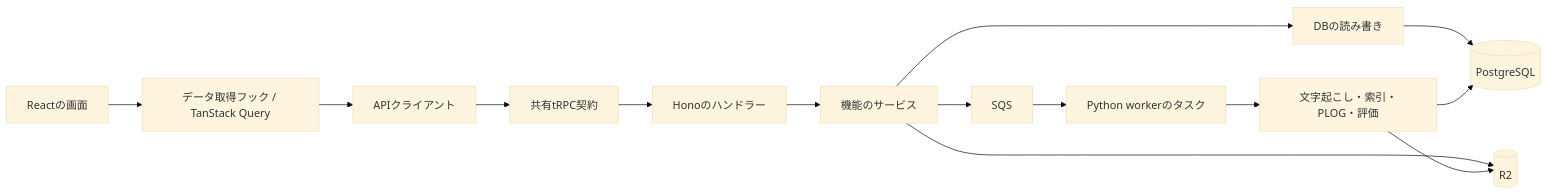
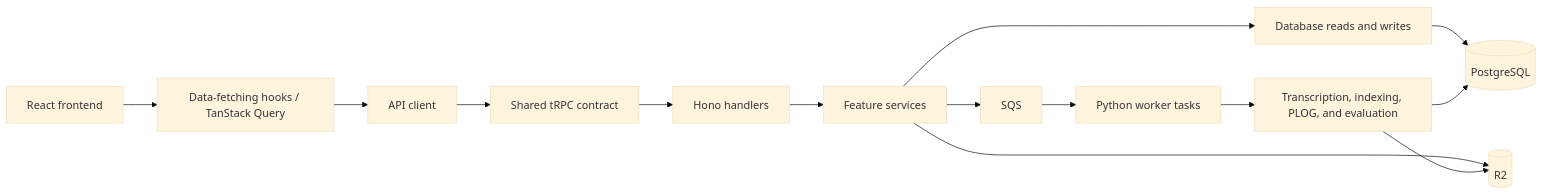
The first of 3 diagrams in docs/design/component-diagram.md (yukiharada1228/videoq), drawn with Mermaid (base theme) before and after one commit. The commit also changed other lines of this file and 79 other files, not shown here.

````diff
--- a/docs/design/component-diagram.md
+++ b/docs/design/component-diagram.md
@@ -11,16 +11,16 @@
 ```mermaid
 flowchart LR
-    UI[Reactの画面] --> Hooks[データ取得フック / TanStack Query]
-    Hooks --> Client[APIクライアント]
-    Client --> Contract[共有tRPC契約]
-    Contract --> Adapter[Honoのハンドラー]
-    Adapter --> Services[機能のサービス]
-    Services --> Repositories[DBの読み書き]
+    UI[React frontend] --> Hooks[Data-fetching hooks / TanStack Query]
+    Hooks --> Client[API client]
+    Client --> Contract[Shared tRPC contract]
+    Contract --> Adapter[Hono handlers]
+    Adapter --> Services[Feature services]
+    Services --> Repositories[Database reads and writes]
     Repositories --> DB[(PostgreSQL)]
     Services --> R2[(R2)]
     Services --> SQS[SQS]
-    SQS --> Tasks[Python workerのタスク]
-    Tasks --> Pipelines[文字起こし・索引・PLOG・評価]
+    SQS --> Tasks[Python worker tasks]
+    Tasks --> Pipelines[Transcription, indexing, PLOG, and evaluation]
     Pipelines --> DB
     Pipelines --> R2
 ```
````
